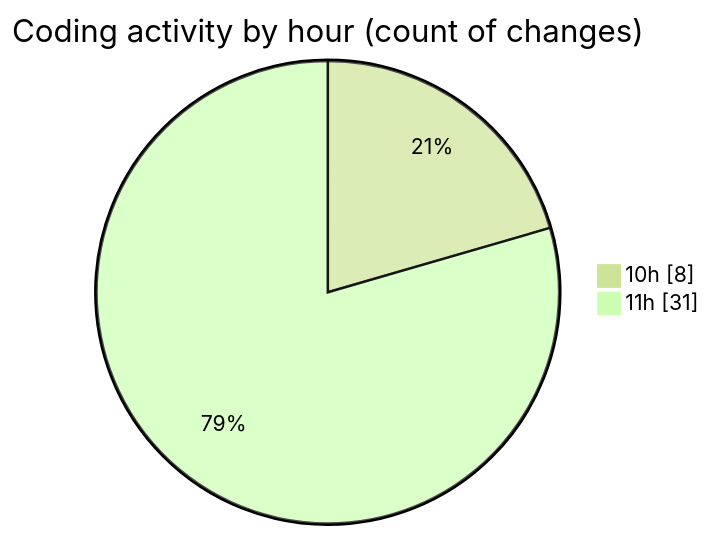
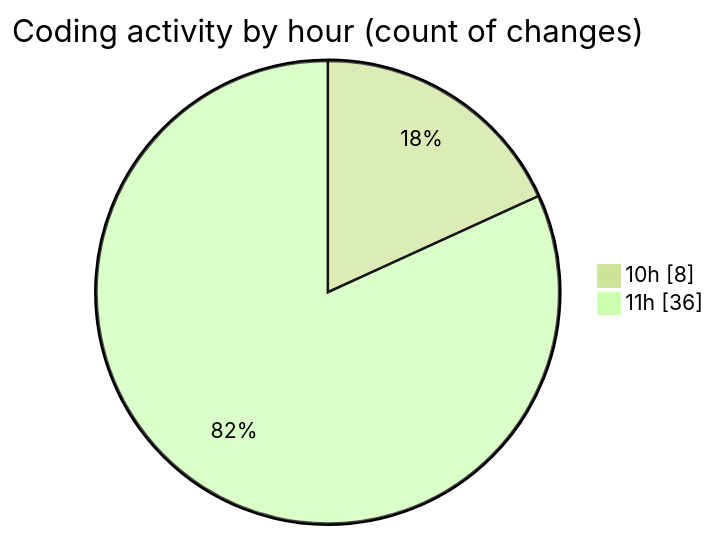
The second of 2 diagrams in 2025-05-16/python_app_deploy/README.md (CELIANVF/code-tracking), drawn with Mermaid (forest theme) before and after one commit. The commit also changed other lines of this file and 1 other file, not shown here.

````diff
--- a/2025-05-16/python_app_deploy/README.md
+++ b/2025-05-16/python_app_deploy/README.md
@@ -38,6 +41,6 @@
 ```mermaid
 pie showData
 title Coding activity by hour (count of changes)
 "10h" : 8
-"11h" : 31
+"11h" : 36
 ```
````
